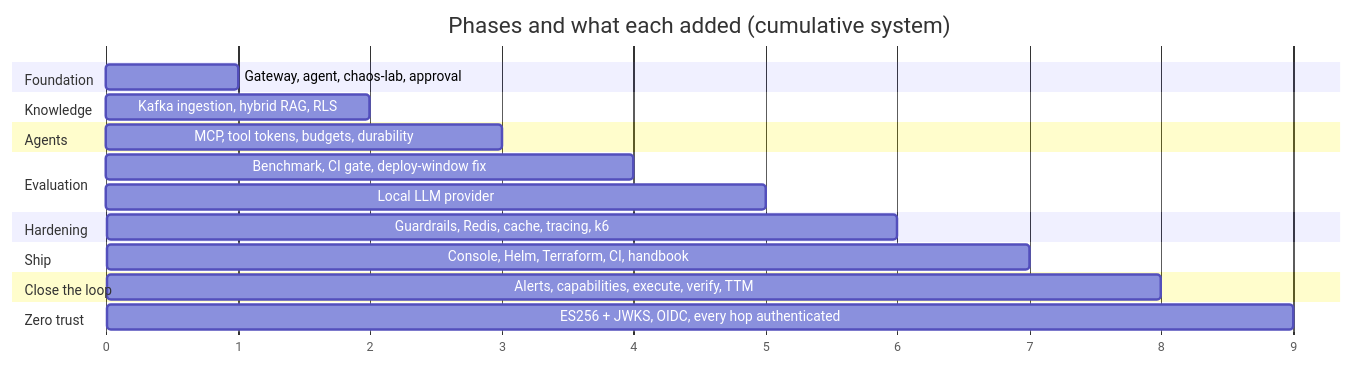
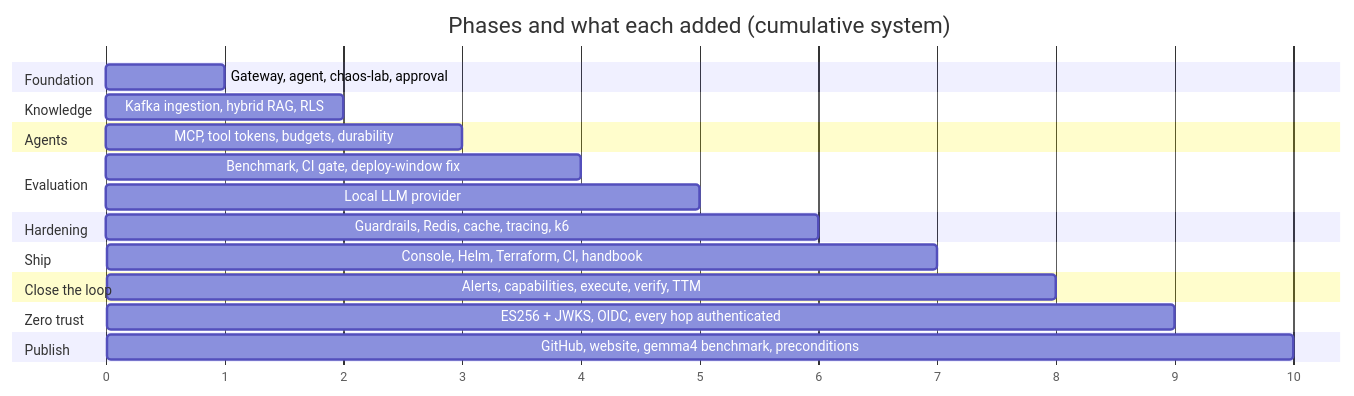
The diagram in docs/handbook/diagrams/15-gantt.mmd (abdulmdev/sentinel-incident-copilot), drawn with Mermaid before and after one commit. The commit also changed 22 other files, not shown here.

First line of the commit message:
evals: full gemma4 8B benchmark; runbook preconditions take harmful actions from 11.6% to 0%

```diff
--- a/docs/handbook/diagrams/15-gantt.mmd
+++ b/docs/handbook/diagrams/15-gantt.mmd
@@ -1,21 +1,23 @@
 gantt
   title Phases and what each added (cumulative system)
   dateFormat X
   axisFormat %s
   section Foundation
   Gateway, agent, chaos-lab, approval      :p1, 0, 1
   section Knowledge
   Kafka ingestion, hybrid RAG, RLS         :p2, 1, 2
   section Agents
   MCP, tool tokens, budgets, durability    :p3, 2, 3
   section Evaluation
   Benchmark, CI gate, deploy-window fix    :p4, 3, 4
   Local LLM provider                       :p4b, 4, 5
   section Hardening
   Guardrails, Redis, cache, tracing, k6    :p5, 5, 6
   section Ship
   Console, Helm, Terraform, CI, handbook   :p6, 6, 7
   section Close the loop
   Alerts, capabilities, execute, verify, TTM :p7, 7, 8
   section Zero trust
   ES256 + JWKS, OIDC, every hop authenticated :p8, 8, 9
+  section Publish
+  GitHub, website, gemma4 benchmark, preconditions :p9, 9, 10
```
